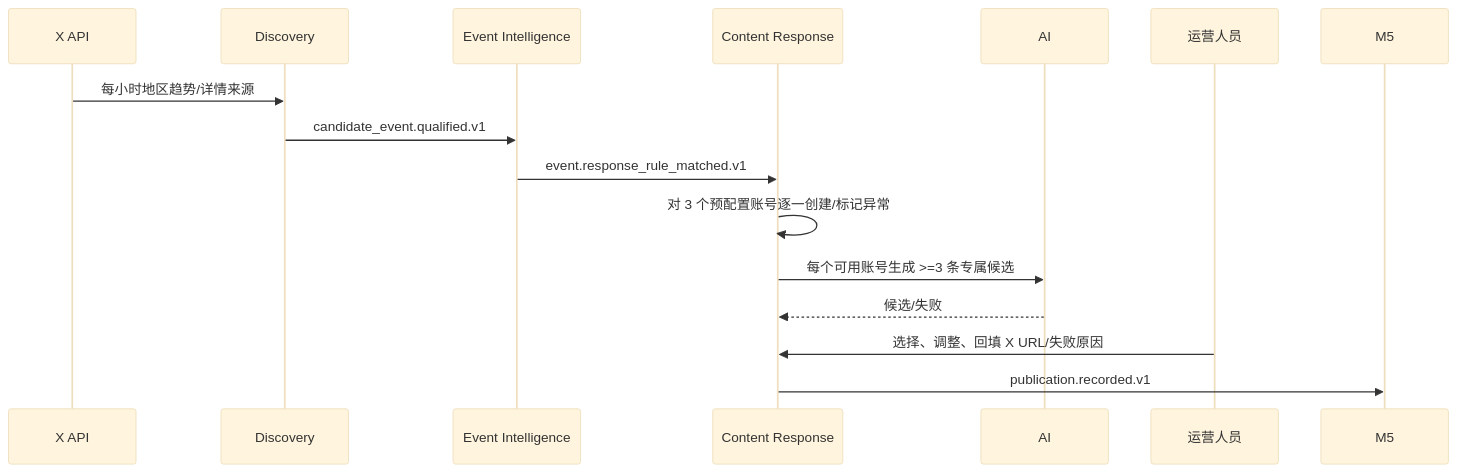
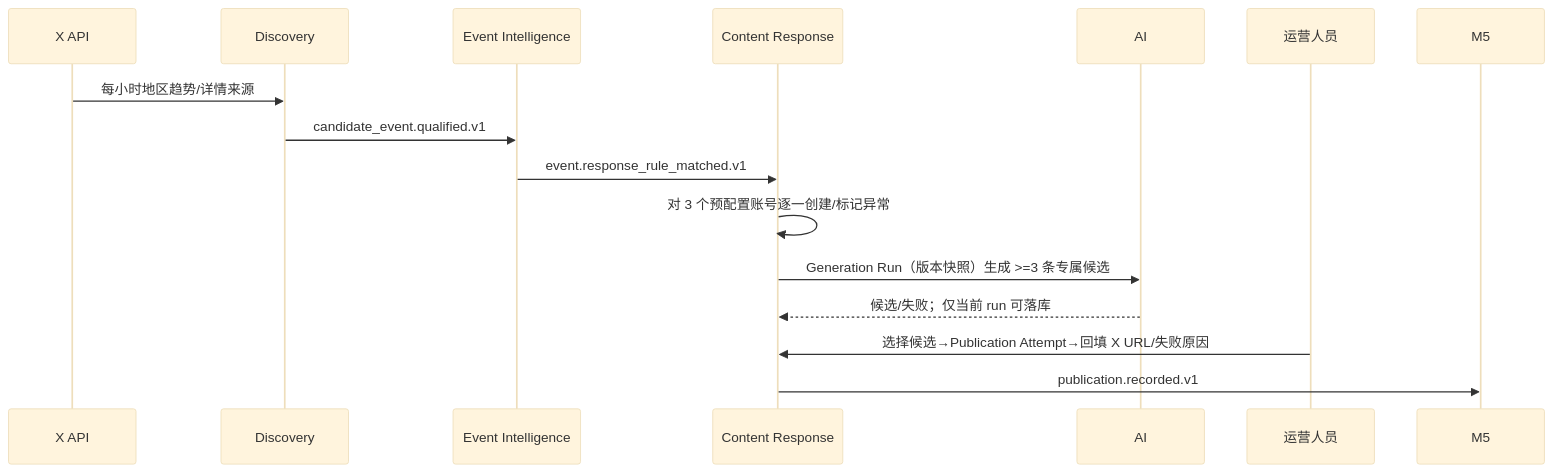
Before and after one commit to RACHEL-cmd108/Hotspot: the diagram in docs/architecture/arch-02-components-and-code-mapping.md, drawn with Mermaid (base theme). The commit also changed other lines of this file and 10 other files, not shown here.

````diff
--- a/docs/architecture/arch-02-components-and-code-mapping.md
+++ b/docs/architecture/arch-02-components-and-code-mapping.md
@@ -3,17 +3,17 @@
 ```mermaid
 sequenceDiagram
   participant X as X API
   participant M1 as Discovery
   participant M2 as Event Intelligence
   participant M4 as Content Response
   participant AI as AI
   participant U as 运营人员
   X->>M1: 每小时地区趋势/详情来源
   M1->>M2: candidate_event.qualified.v1
   M2->>M4: event.response_rule_matched.v1
   M4->>M4: 对 3 个预配置账号逐一创建/标记异常
-  M4->>AI: 每个可用账号生成 >=3 条专属候选
-  AI-->>M4: 候选/失败
-  U->>M4: 选择、调整、回填 X URL/失败原因
+  M4->>AI: Generation Run（版本快照）生成 >=3 条专属候选
+  AI-->>M4: 候选/失败；仅当前 run 可落库
+  U->>M4: 选择候选→Publication Attempt→回填 X URL/失败原因
   M4->>M5: publication.recorded.v1
 ```
````
